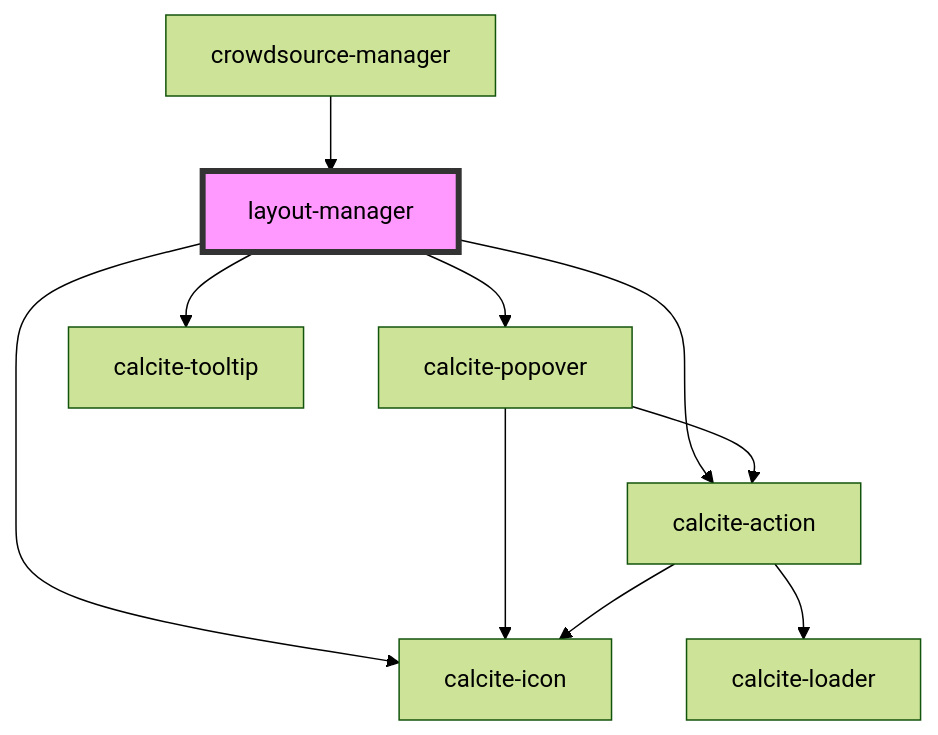
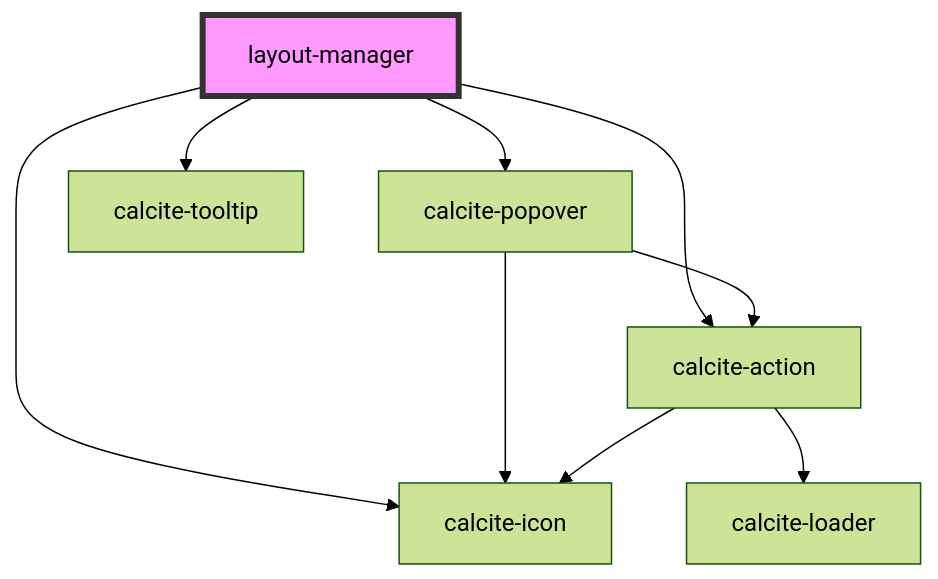
One commit to Esri/solutions-components changed the diagram in src/components/layout-manager/readme.md. Above: the diagram before and after it, drawn with Mermaid (forest theme). The commit also changed other lines of this file and 3 other files, not shown here.

````diff
--- a/src/components/layout-manager/readme.md
+++ b/src/components/layout-manager/readme.md
@@ -29,13 +25,12 @@
 ```mermaid
 graph TD;
   layout-manager --> calcite-icon
   layout-manager --> calcite-popover
   layout-manager --> calcite-action
   layout-manager --> calcite-tooltip
   calcite-popover --> calcite-action
   calcite-popover --> calcite-icon
   calcite-action --> calcite-loader
   calcite-action --> calcite-icon
-  crowdsource-manager --> layout-manager
   style layout-manager fill:#f9f,stroke:#333,stroke-width:4px
 ```
````
